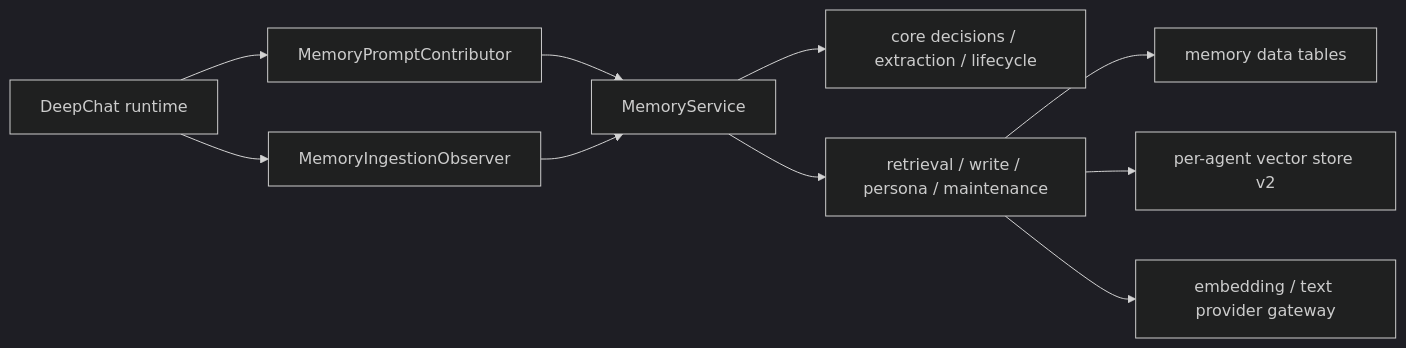
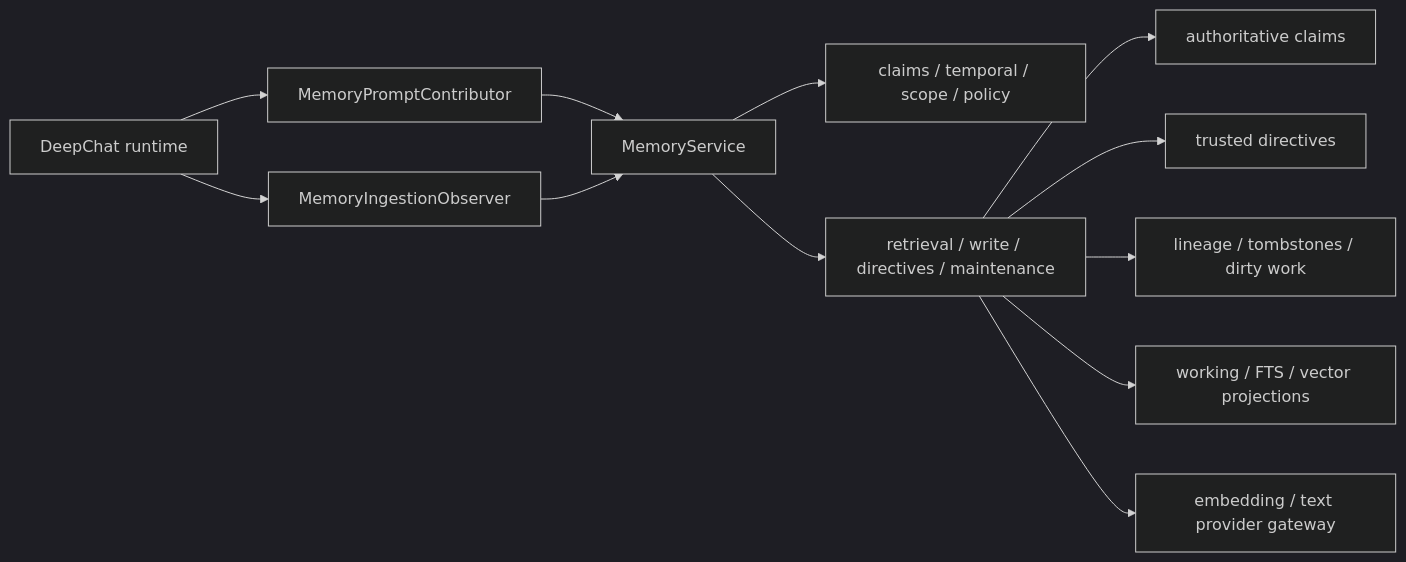
One commit to zerob13/deepchat changed the diagram in docs/architecture/memory-system.md. Above: the diagram before and after it, drawn with Mermaid (dark theme). The commit also changed other lines of this file and 2 other files, not shown here.

Commit message:
docs(memory): finalize memory evolution

````diff
--- a/docs/architecture/memory-system.md
+++ b/docs/architecture/memory-system.md
@@ -8,12 +11,14 @@
 ```mermaid
 flowchart LR
     Agent["DeepChat runtime"] --> Prompt["MemoryPromptContributor"]
     Agent --> Ingest["MemoryIngestionObserver"]
     Prompt --> Memory["MemoryService"]
     Ingest --> Memory
-    Memory --> Core["core decisions / extraction / lifecycle"]
-    Memory --> Services["retrieval / write / persona / maintenance"]
-    Services --> DB["memory data tables"]
-    Services --> Vector["per-agent vector store v2"]
+    Memory --> Core["claims / temporal / scope / policy"]
+    Memory --> Services["retrieval / write / directives / maintenance"]
+    Services --> Claims["authoritative claims"]
+    Services --> Trust["trusted directives"]
+    Services --> Derived["lineage / tombstones / dirty work"]
+    Services --> Projection["working / FTS / vector projections"]
     Services --> Provider["embedding / text provider gateway"]
 ```
````
